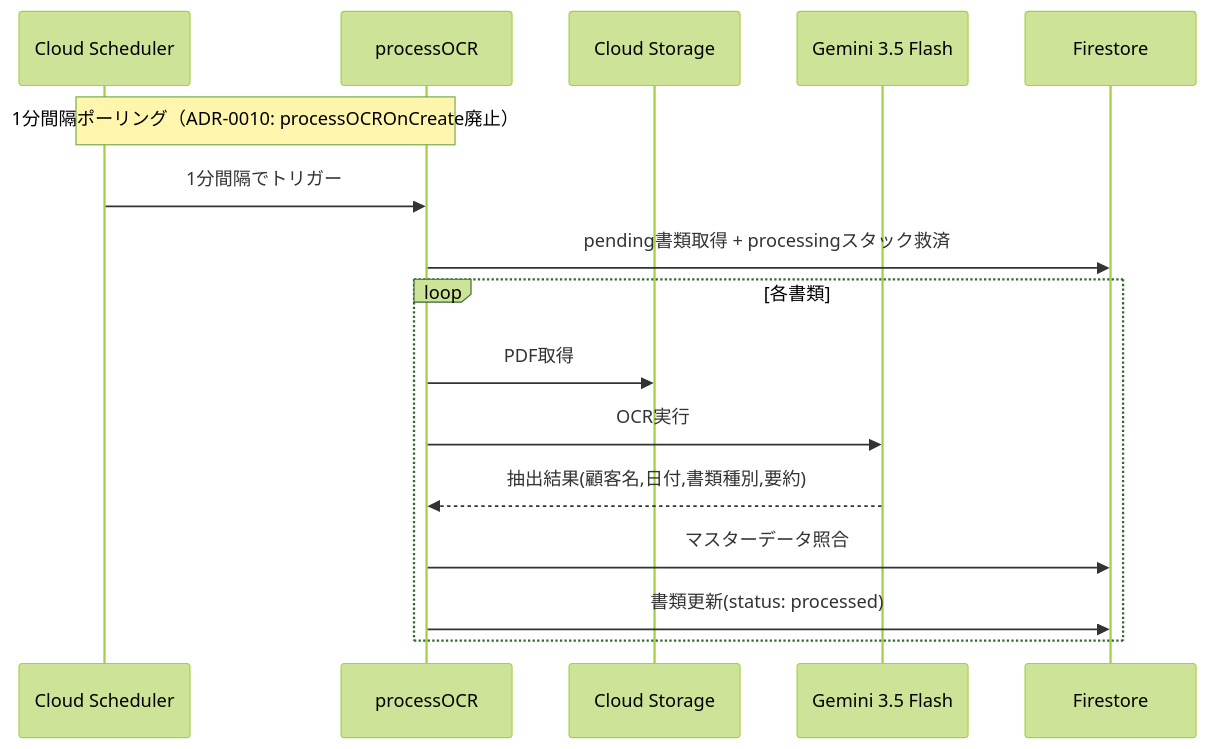
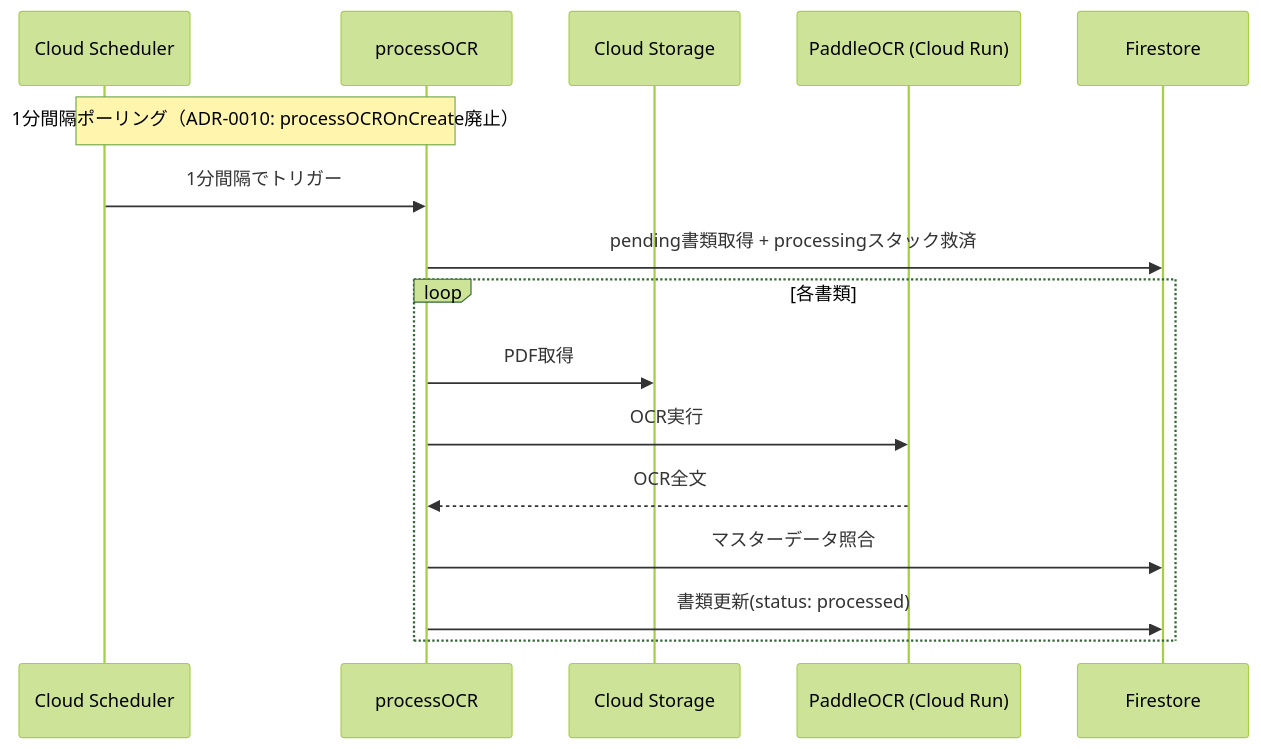
One commit to yasushi-honda/doc-split changed the third of 6 diagrams in docs/architecture.md. Above: the diagram before and after it, drawn with Mermaid (forest theme). The commit also changed other lines of this file and 44 other files, not shown here.

````diff
--- a/docs/architecture.md
+++ b/docs/architecture.md
@@ -83,20 +86,20 @@
 ```mermaid
 sequenceDiagram
     participant Scheduler as Cloud Scheduler
     participant ProcessOCR as processOCR
     participant Storage as Cloud Storage
-    participant Gemini as Gemini 3.5 Flash
+    participant PaddleOCR as PaddleOCR (Cloud Run)
     participant Firestore as Firestore
 
     Note over Scheduler,ProcessOCR: 1分間隔ポーリング（ADR-0010: processOCROnCreate廃止）
     Scheduler->>ProcessOCR: 1分間隔でトリガー
     ProcessOCR->>Firestore: pending書類取得 + processingスタック救済
 
     loop 各書類
         ProcessOCR->>Storage: PDF取得
-        ProcessOCR->>Gemini: OCR実行
-        Gemini-->>ProcessOCR: 抽出結果(顧客名,日付,書類種別,要約)
+        ProcessOCR->>PaddleOCR: OCR実行
+        PaddleOCR-->>ProcessOCR: OCR全文
         ProcessOCR->>Firestore: マスターデータ照合
         ProcessOCR->>Firestore: 書類更新(status: processed)
     end
 ```
````
